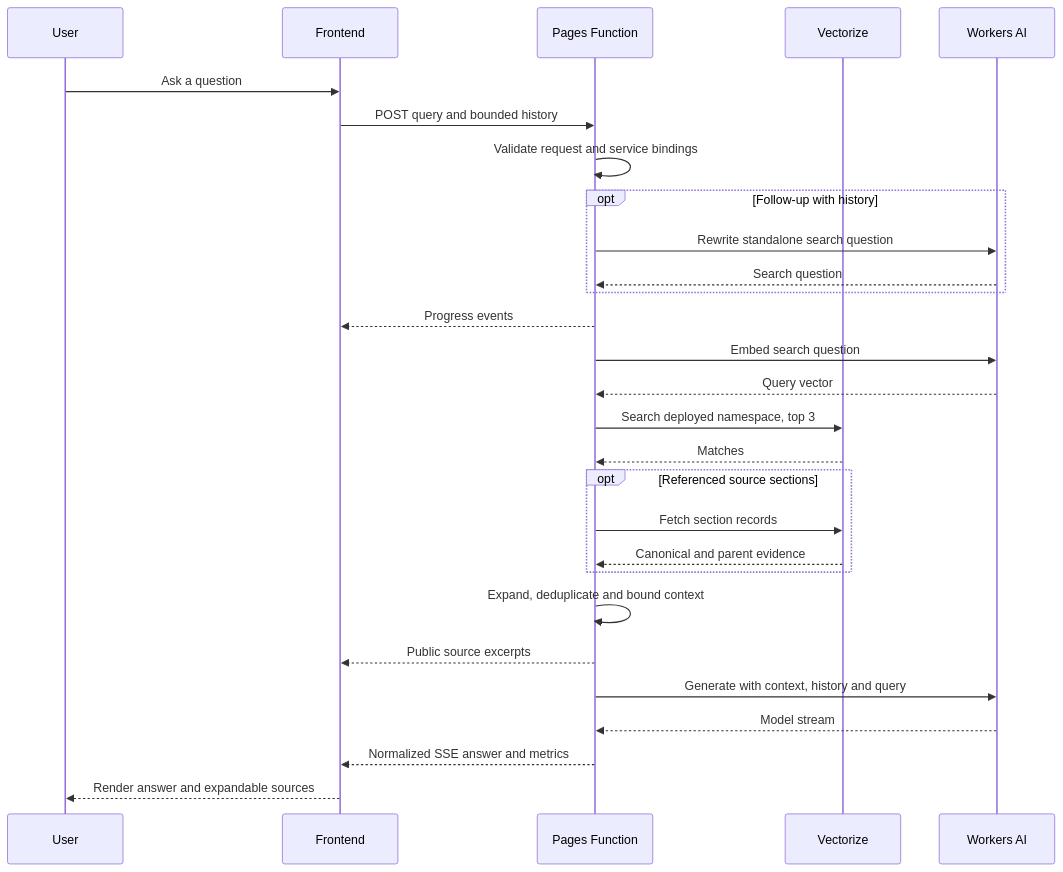
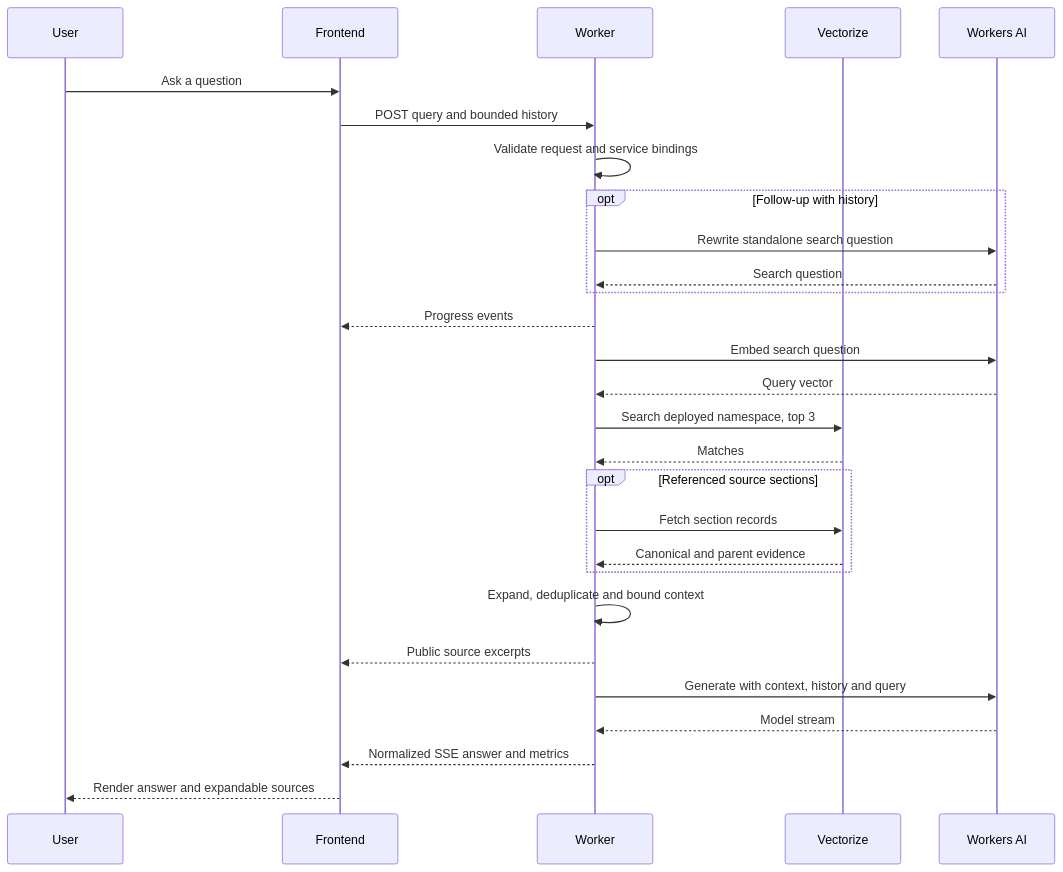
Before and after one commit to sgama/sg: the first of 2 diagrams in content/posts/2026-01-25-ai-chat/index.md, drawn with Mermaid. The commit also changed other lines of this file and 4 other files, not shown here.

```diff
--- a/content/posts/2026-01-25-ai-chat/index.md
+++ b/content/posts/2026-01-25-ai-chat/index.md
@@ -31,30 +31,30 @@
 {{< mermaid >}}
 sequenceDiagram
 participant User
 participant Frontend
-participant Function as Pages Function
+participant Function as Worker
 participant VectorDB as Vectorize
 participant AI as Workers AI
 User->>Frontend: Ask a question
 Frontend->>Function: POST query and bounded history
 Function->>Function: Validate request and service bindings
 opt Follow-up with history
     Function->>AI: Rewrite standalone search question
     AI-->>Function: Search question
 end
 Function-->>Frontend: Progress events
 Function->>AI: Embed search question
 AI-->>Function: Query vector
 Function->>VectorDB: Search deployed namespace, top 3
 VectorDB-->>Function: Matches
 opt Referenced source sections
     Function->>VectorDB: Fetch section records
     VectorDB-->>Function: Canonical and parent evidence
 end
 Function->>Function: Expand, deduplicate and bound context
 Function-->>Frontend: Public source excerpts
 Function->>AI: Generate with context, history and query
 AI-->>Function: Model stream
 Function-->>Frontend: Normalized SSE answer and metrics
 Frontend-->>User: Render answer and expandable sources
 {{< /mermaid >}}
```
